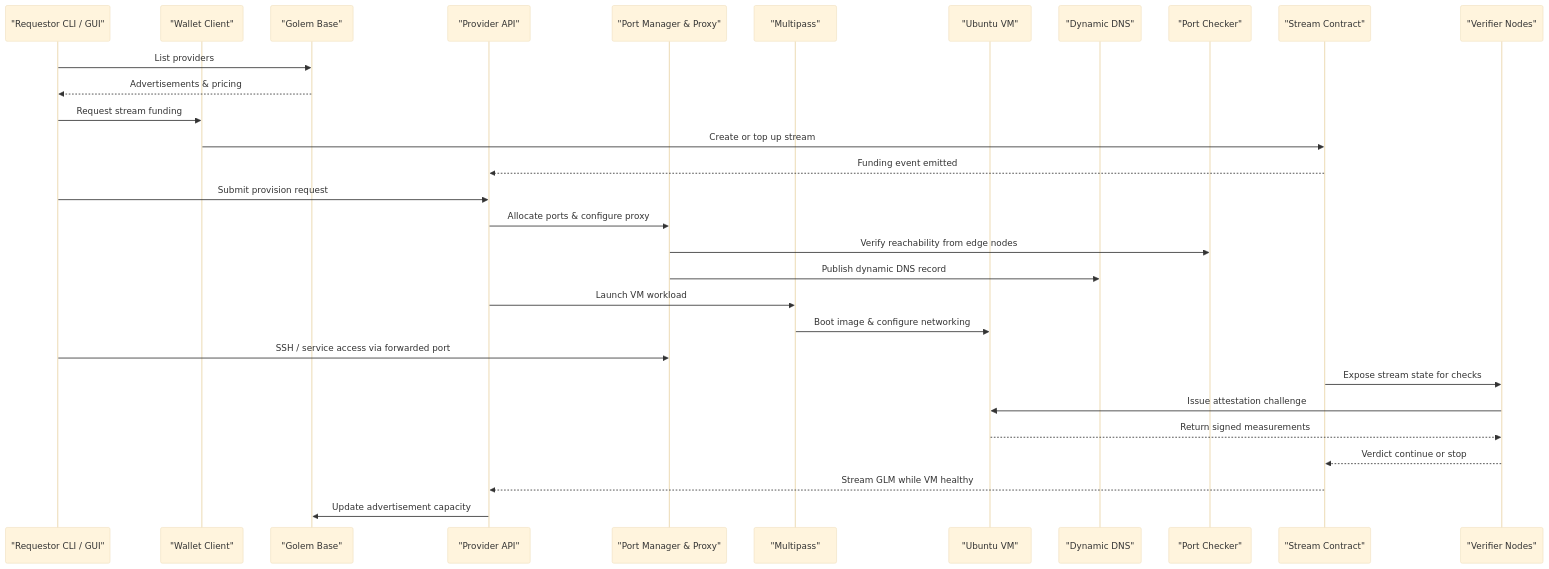
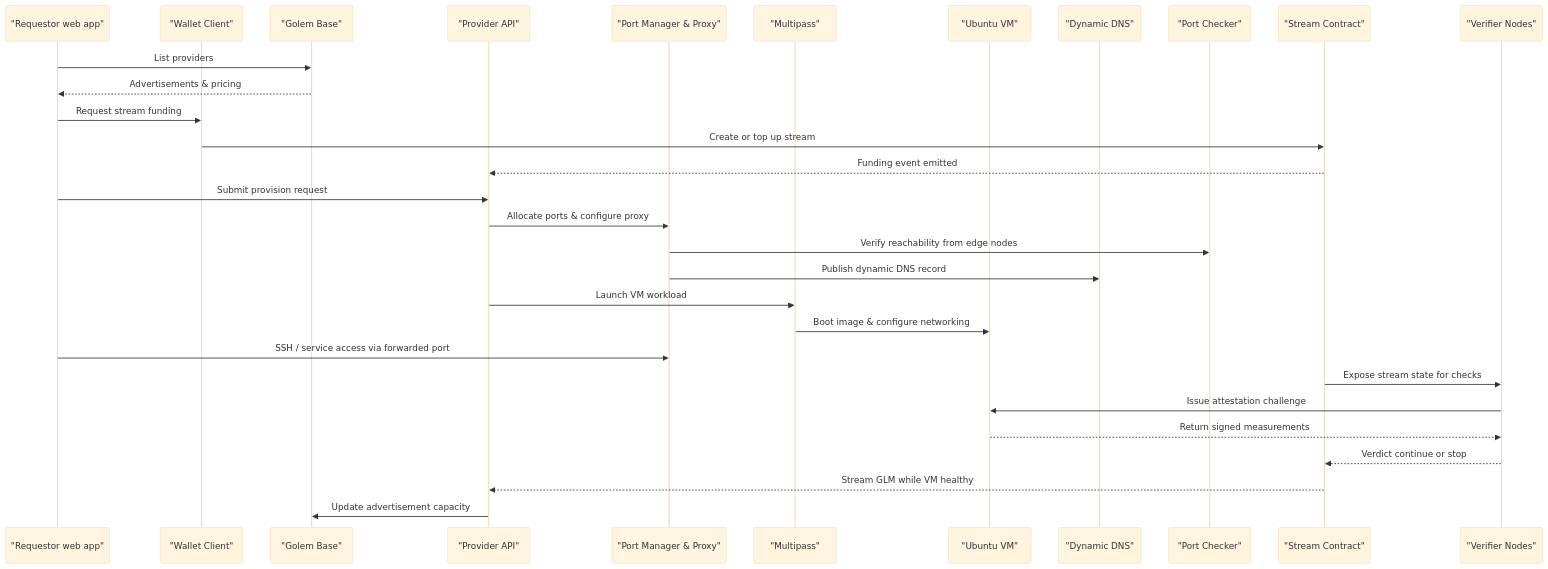
One commit to cryptobench/vm-on-golem changed the first of 5 diagrams in FUNDING_PLAN.md. Above: the diagram before and after it, drawn with Mermaid (base theme). The commit also changed other lines of this file and 161 other files, not shown here.

````diff
--- a/FUNDING_PLAN.md
+++ b/FUNDING_PLAN.md
@@ -81,33 +80,33 @@
 ```mermaid
 sequenceDiagram
-    participant Req as "Requestor CLI / GUI"
+    participant Req as "Requestor web app"
     participant Wallet as "Wallet Client"
     participant GB as "Golem Base"
     participant Prov as "Provider API"
     participant PM as "Port Manager & Proxy"
     participant MP as "Multipass"
     participant VM as "Ubuntu VM"
     participant DNS as "Dynamic DNS"
     participant PC as "Port Checker"
     participant SC as "Stream Contract"
     participant Ver as "Verifier Nodes"
 
     Req->>GB: List providers
     GB-->>Req: Advertisements & pricing
     Req->>Wallet: Request stream funding
     Wallet->>SC: Create or top up stream
     SC-->>Prov: Funding event emitted
     Req->>Prov: Submit provision request
     Prov->>PM: Allocate ports & configure proxy
     PM->>PC: Verify reachability from edge nodes
     PM->>DNS: Publish dynamic DNS record
     Prov->>MP: Launch VM workload
     MP->>VM: Boot image & configure networking
     Req->>PM: SSH / service access via forwarded port
     SC->>Ver: Expose stream state for checks
     Ver->>VM: Issue attestation challenge
     VM-->>Ver: Return signed measurements
     Ver-->>SC: Verdict continue or stop
     SC-->>Prov: Stream GLM while VM healthy
     Prov->>GB: Update advertisement capacity
 ```
````
